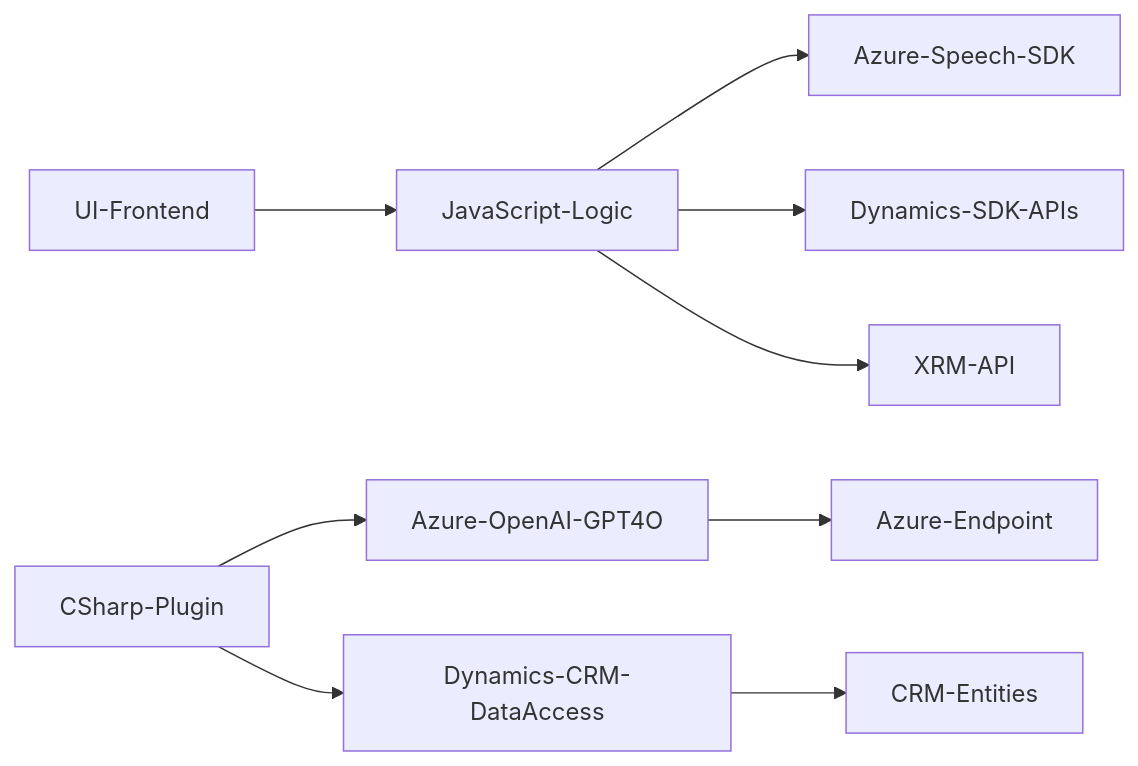
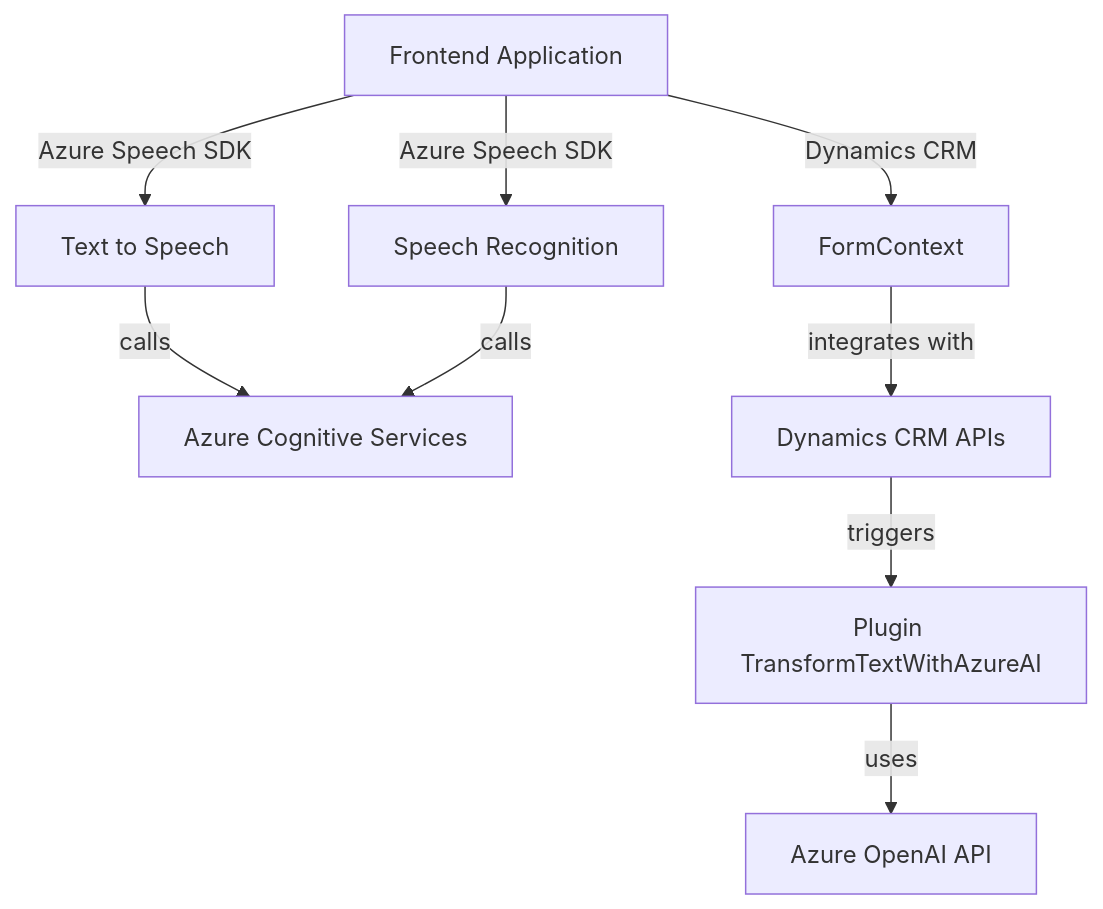
The diagram in README.md (blopezdm/NETCORE_BILBAO2025), drawn with Mermaid before and after one commit. The commit also changed other lines of this file, not shown here.

````diff
--- a/README.md
+++ b/README.md
@@ -47,11 +28,11 @@
 ```mermaid
-graph LR
-    UI-Frontend --> JavaScript-Logic
-    JavaScript-Logic --> Azure-Speech-SDK
-    JavaScript-Logic --> Dynamics-SDK-APIs
-    JavaScript-Logic --> XRM-API
-    CSharp-Plugin --> Azure-OpenAI-GPT4O
-    CSharp-Plugin --> Dynamics-CRM-DataAccess
-    Azure-OpenAI-GPT4O --> Azure-Endpoint
-    Dynamics-CRM-DataAccess --> CRM-Entities
-``` 
+graph TD
+    A["Frontend Application"] --Azure Speech SDK--> B["Text to Speech"]
+    A --Azure Speech SDK--> C["Speech Recognition"]
+    A --Dynamics CRM--> F["FormContext"]
+    B --calls--> G["Azure Cognitive Services"]
+    C --calls--> G["Azure Cognitive Services"]
+    F --integrates with--> H["Dynamics CRM APIs"]
+    H --triggers--> D["Plugin TransformTextWithAzureAI"]
+    D --uses--> E["Azure OpenAI API"]
+```
````
